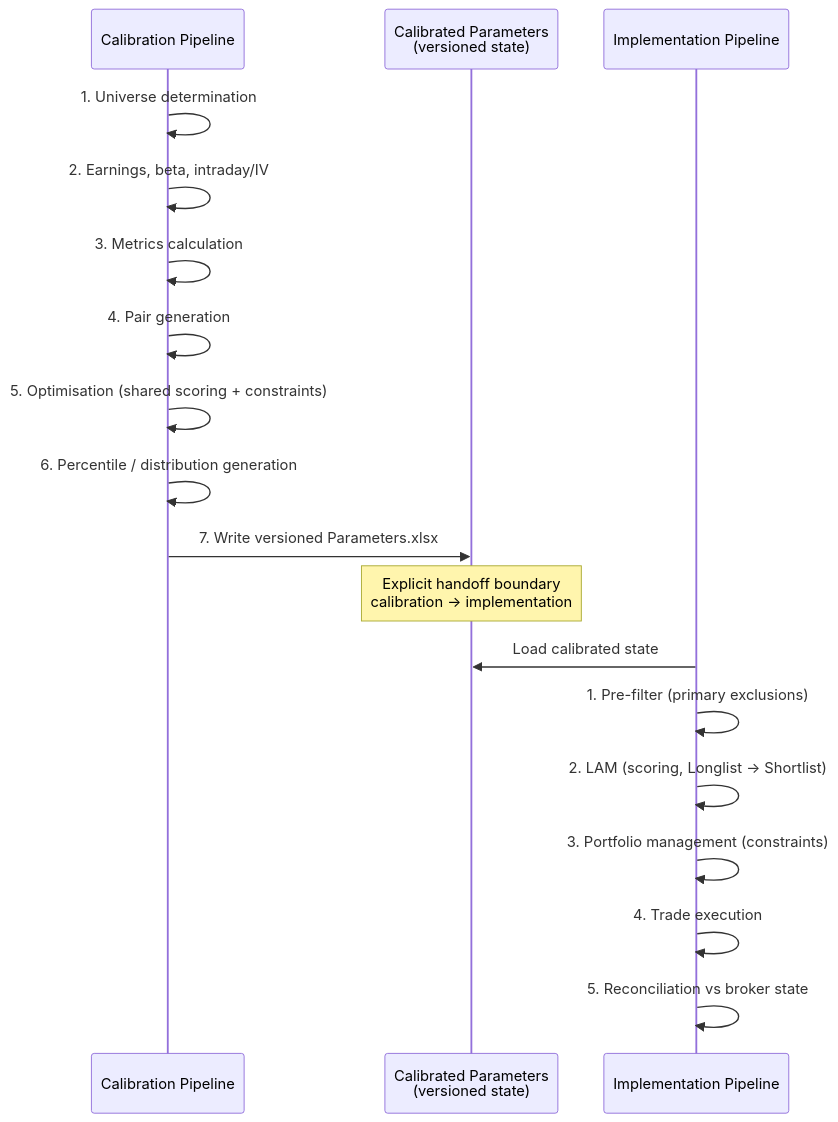
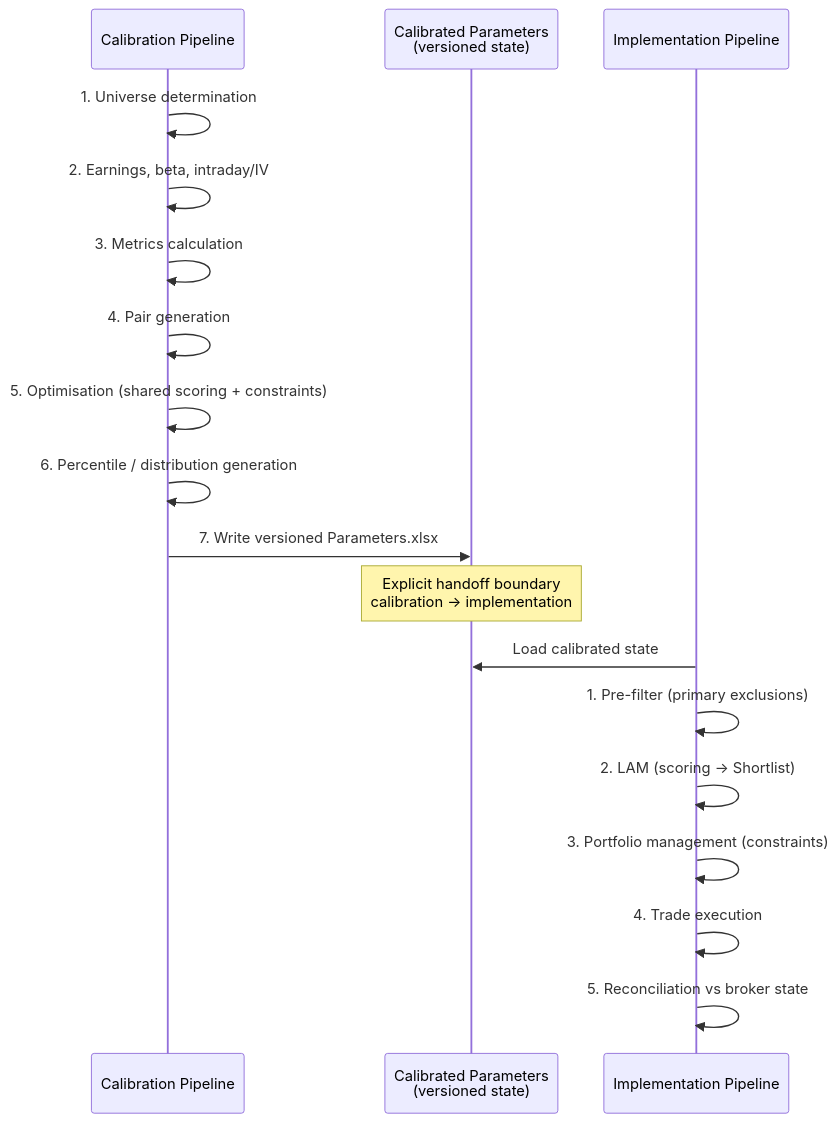
One commit to sammaitland/pair-trading-system changed the diagram in ARCHITECTURE.md. Above: the diagram before and after it, drawn with Mermaid. The commit also changed other lines of this file and 2 other files, not shown here.

Commit message:
LICENSE, ARCHITECTURE corrections, CHANGE_MANUAL review

````diff
--- a/ARCHITECTURE.md
+++ b/ARCHITECTURE.md
@@ -37,23 +37,23 @@
 ```mermaid
 sequenceDiagram
     participant Cal as Calibration Pipeline
     participant Params as Calibrated Parameters<br/>(versioned state)
     participant Impl as Implementation Pipeline
 
     Cal->>Cal: 1. Universe determination
     Cal->>Cal: 2. Earnings, beta, intraday/IV
     Cal->>Cal: 3. Metrics calculation
     Cal->>Cal: 4. Pair generation
     Cal->>Cal: 5. Optimisation (shared scoring + constraints)
     Cal->>Cal: 6. Percentile / distribution generation
     Cal->>Params: 7. Write versioned Parameters.xlsx
 
     Note over Params: Explicit handoff boundary<br/>calibration → implementation
 
     Impl->>Params: Load calibrated state
     Impl->>Impl: 1. Pre-filter (primary exclusions)
-    Impl->>Impl: 2. LAM (scoring, Longlist → Shortlist)
+    Impl->>Impl: 2. LAM (scoring → Shortlist)
     Impl->>Impl: 3. Portfolio management (constraints)
     Impl->>Impl: 4. Trade execution
     Impl->>Impl: 5. Reconciliation vs broker state
 ```
````
